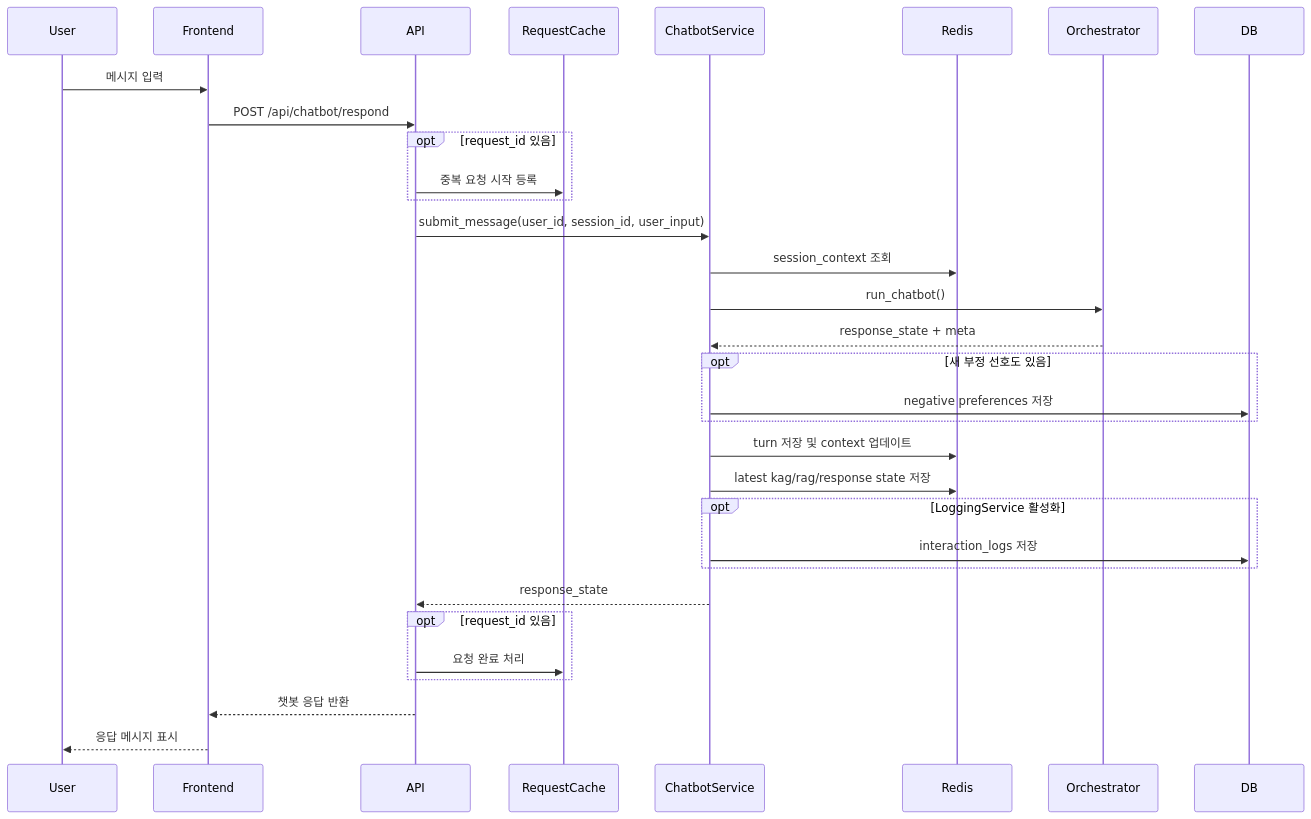
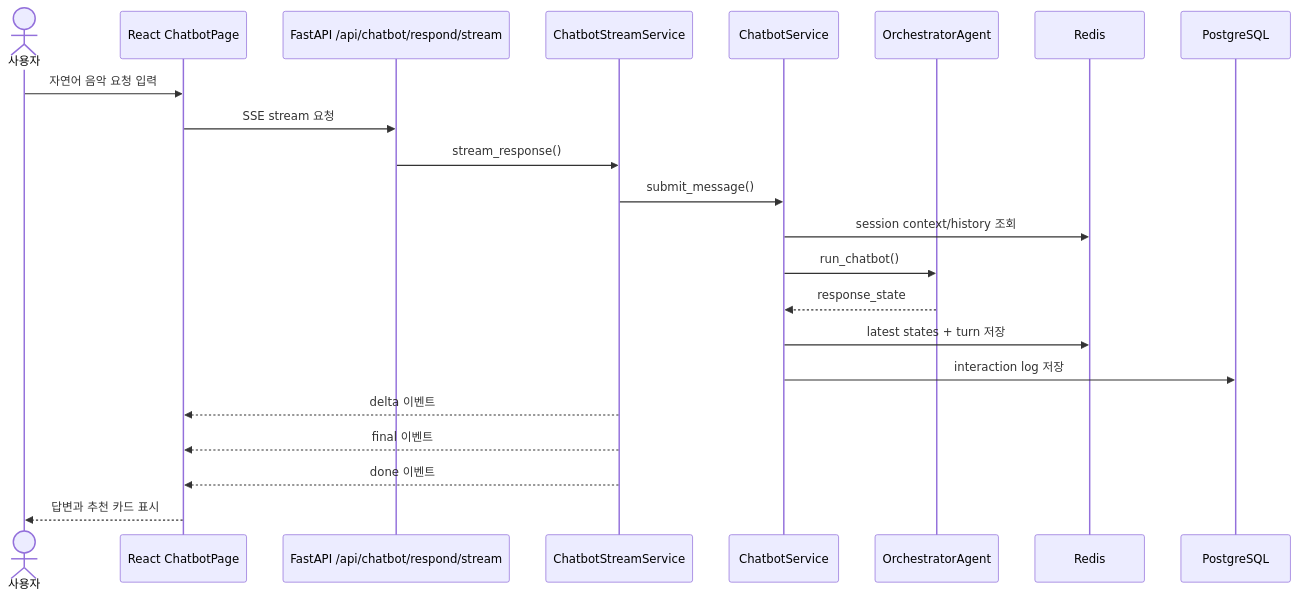
The ninth of 12 diagrams in README.md (SKNETWORKS-FAMILY-AICAMP/SKN27-3rd-2TEAM), drawn with Mermaid before and after one commit. The commit also changed other lines of this file and 35 other files, not shown here.

````diff
--- a/README.md
+++ b/README.md
@@ -384,35 +446,25 @@
 ```mermaid
 sequenceDiagram
-    participant User
-    participant Frontend
-    participant API
-    participant RequestCache
-    participant ChatbotService
-    participant Redis
-    participant Orchestrator
-    participant DB
+    actor User as 사용자
+    participant FE as React ChatbotPage
+    participant API as FastAPI /api/chatbot/respond/stream
+    participant SVC as ChatbotStreamService
+    participant BOT as ChatbotService
+    participant ORCH as OrchestratorAgent
+    participant Redis as Redis
+    participant PG as PostgreSQL
 
-    User->>Frontend: 메시지 입력
-    Frontend->>API: POST /api/chatbot/respond
-    opt request_id 있음
-        API->>RequestCache: 중복 요청 시작 등록
-    end
-    API->>ChatbotService: submit_message(user_id, session_id, user_input)
-    ChatbotService->>Redis: session_context 조회
-    ChatbotService->>Orchestrator: run_chatbot()
-    Orchestrator-->>ChatbotService: response_state + meta
-    opt 새 부정 선호도 있음
-        ChatbotService->>DB: negative preferences 저장
-    end
-    ChatbotService->>Redis: turn 저장 및 context 업데이트
-    ChatbotService->>Redis: latest kag/rag/response state 저장
-    opt LoggingService 활성화
-        ChatbotService->>DB: interaction_logs 저장
-    end
-    ChatbotService-->>API: response_state
-    opt request_id 있음
-        API->>RequestCache: 요청 완료 처리
-    end
-    API-->>Frontend: 챗봇 응답 반환
-    Frontend-->>User: 응답 메시지 표시
+    User->>FE: 자연어 음악 요청 입력
+    FE->>API: SSE stream 요청
+    API->>SVC: stream_response()
+    SVC->>BOT: submit_message()
+    BOT->>Redis: session context/history 조회
+    BOT->>ORCH: run_chatbot()
+    ORCH-->>BOT: response_state
+    BOT->>Redis: latest states + turn 저장
+    BOT->>PG: interaction log 저장
+    SVC-->>FE: delta 이벤트
+    SVC-->>FE: final 이벤트
+    SVC-->>FE: done 이벤트
+    FE-->>User: 답변과 추천 카드 표시
 ```
````
